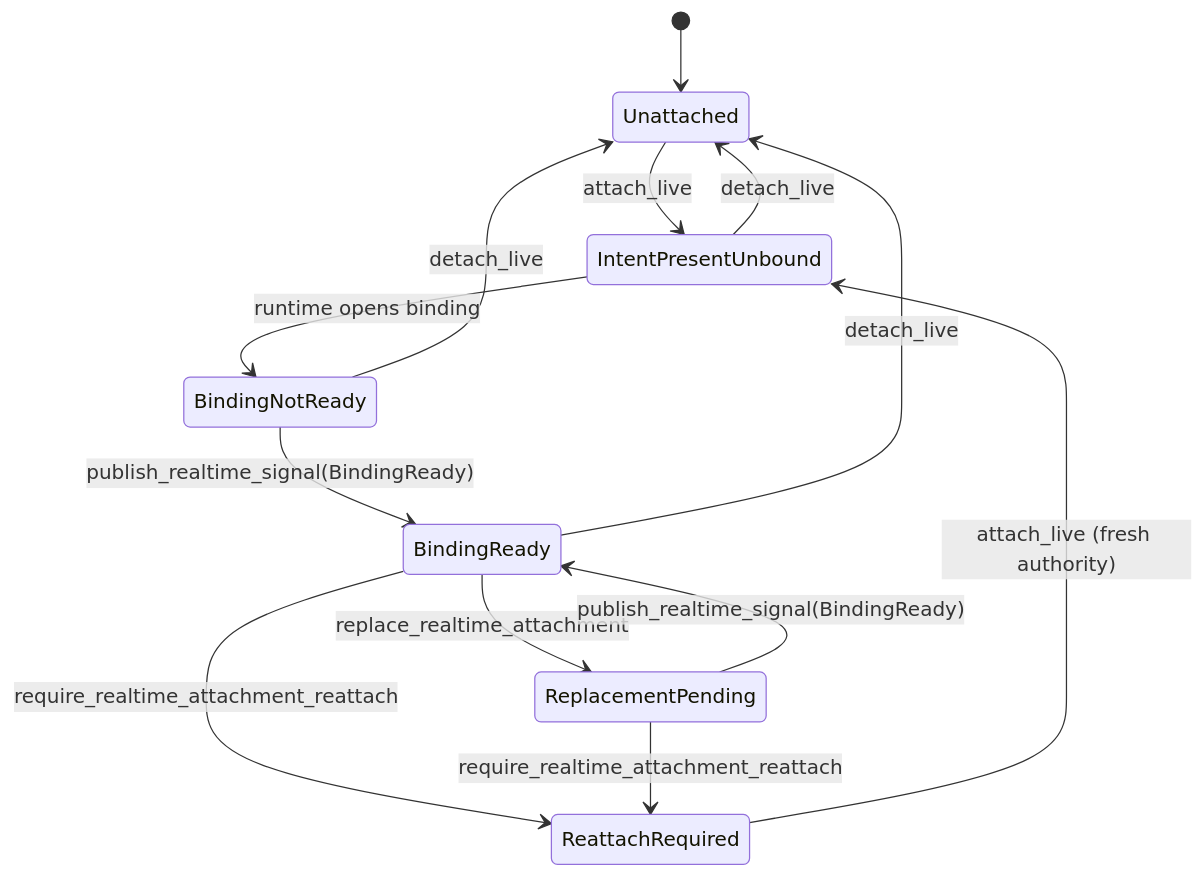
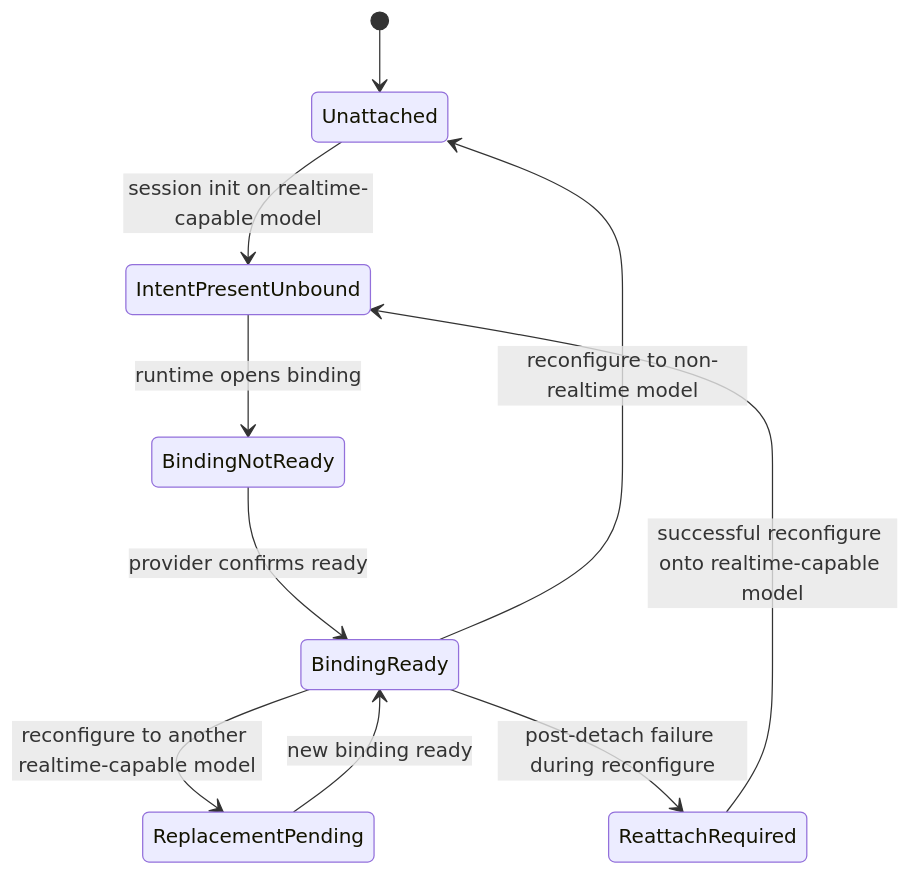
One commit to lukacf/meerkat changed the diagram in docs/guides/realtime.mdx. Above: the diagram before and after it, drawn with Mermaid. The commit also changed other lines of this file and 124 other files, not shown here.

````diff
--- a/docs/guides/realtime.mdx
+++ b/docs/guides/realtime.mdx
@@ -68,15 +150,12 @@
 ```mermaid
 stateDiagram-v2
     [*] --> Unattached
-    Unattached --> IntentPresentUnbound: attach_live
+    Unattached --> IntentPresentUnbound: session init on realtime-capable model
     IntentPresentUnbound --> BindingNotReady: runtime opens binding
-    BindingNotReady --> BindingReady: publish_realtime_signal(BindingReady)
-    BindingReady --> ReplacementPending: replace_realtime_attachment
-    ReplacementPending --> BindingReady: publish_realtime_signal(BindingReady)
-    BindingReady --> Unattached: detach_live
-    BindingReady --> ReattachRequired: require_realtime_attachment_reattach
-    ReplacementPending --> ReattachRequired: require_realtime_attachment_reattach
-    ReattachRequired --> IntentPresentUnbound: attach_live (fresh authority)
-    BindingNotReady --> Unattached: detach_live
-    IntentPresentUnbound --> Unattached: detach_live
+    BindingNotReady --> BindingReady: provider confirms ready
+    BindingReady --> ReplacementPending: reconfigure to another realtime-capable model
+    ReplacementPending --> BindingReady: new binding ready
+    BindingReady --> Unattached: reconfigure to non-realtime model
+    BindingReady --> ReattachRequired: post-detach failure during reconfigure
+    ReattachRequired --> IntentPresentUnbound: successful reconfigure onto realtime-capable model
 ```
````
